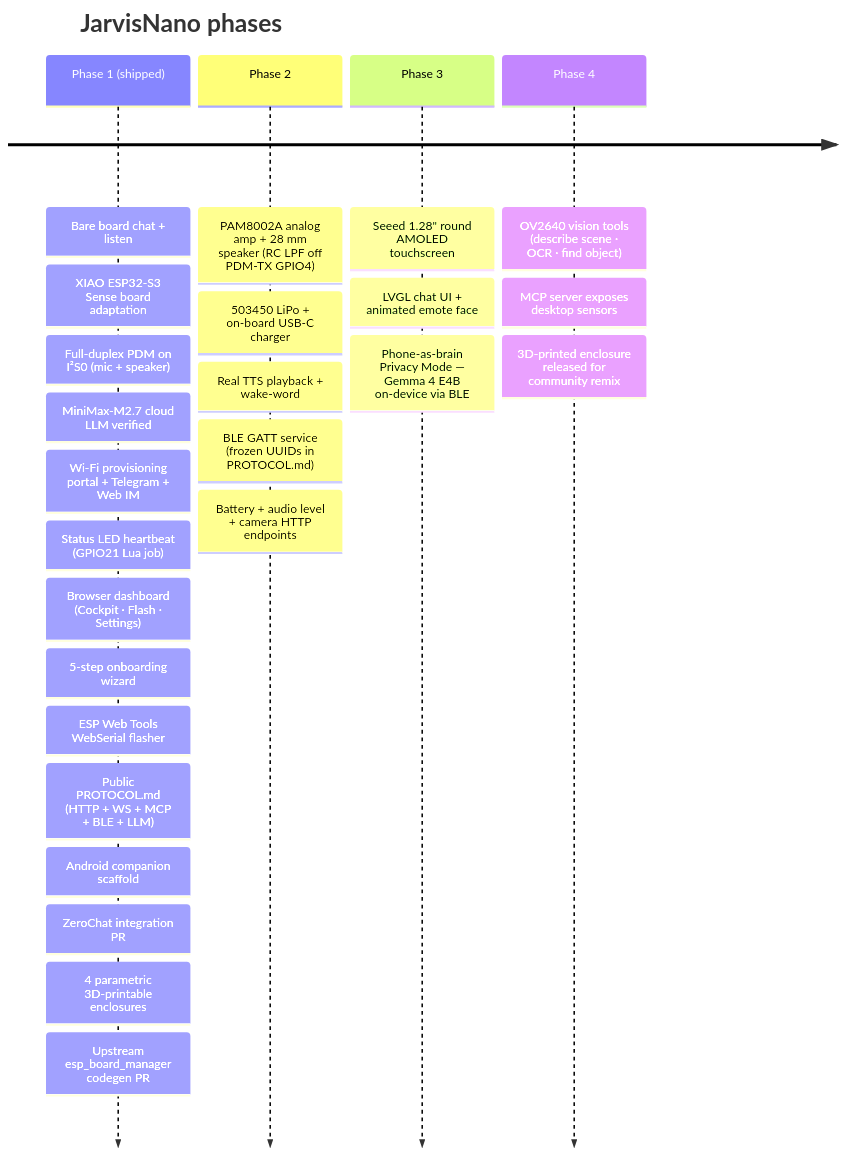
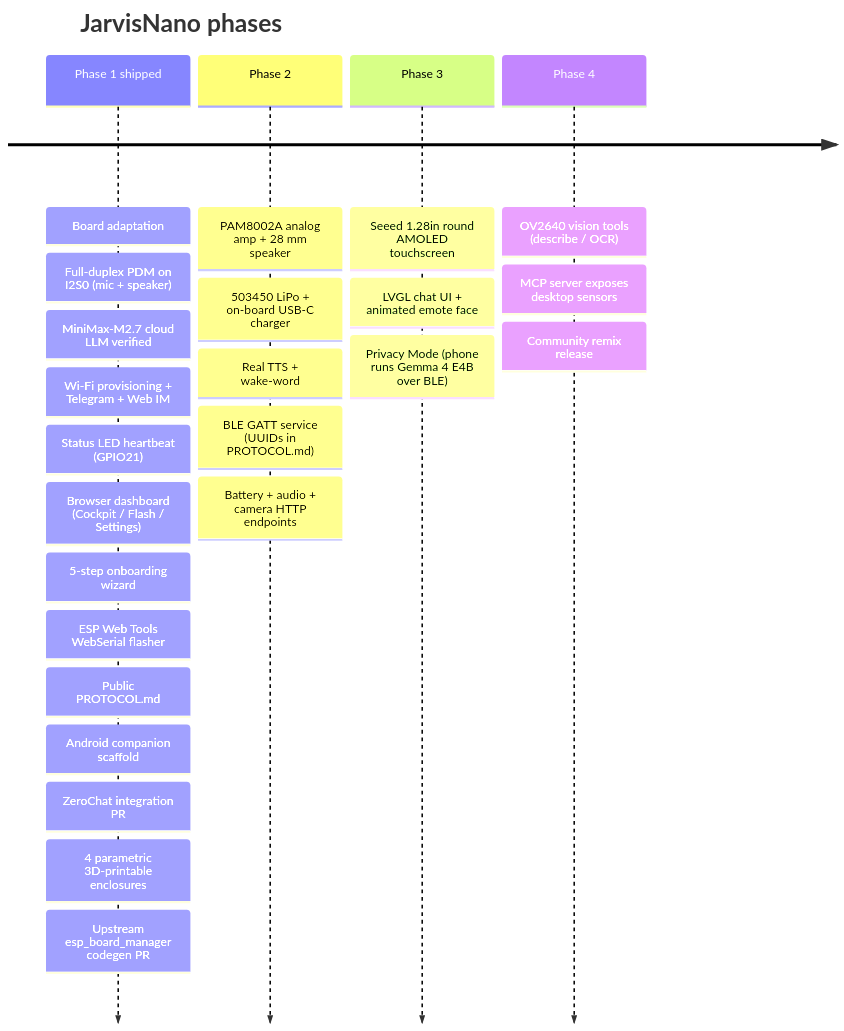
One commit to PascalAI2024/JarvisNano changed the second of 2 diagrams in README.md. Above: the diagram before and after it, drawn with Mermaid. The commit also changed other lines of this file and 2 other files, not shown here.

Commit message:
fix: sanitize all mermaid blocks for GitHub renderer (strip emojis, sup-2, em-dash, padded titles)

````diff
--- a/README.md
+++ b/README.md
@@ -214,29 +214,28 @@
 ```mermaid
 timeline
     title JarvisNano phases
-    Phase 1 (shipped) : Bare board chat + listen
-                      : XIAO ESP32-S3 Sense board adaptation
-                      : Full-duplex PDM on I²S0 (mic + speaker)
-                      : MiniMax-M2.7 cloud LLM verified
-                      : Wi-Fi provisioning portal + Telegram + Web IM
-                      : Status LED heartbeat (GPIO21 Lua job)
-                      : Browser dashboard (Cockpit · Flash · Settings)
-                      : 5-step onboarding wizard
-                      : ESP Web Tools WebSerial flasher
-                      : Public PROTOCOL.md (HTTP + WS + MCP + BLE + LLM)
-                      : Android companion scaffold
-                      : ZeroChat integration PR
-                      : 4 parametric 3D-printable enclosures
-                      : Upstream esp_board_manager codegen PR
-    Phase 2           : PAM8002A analog amp + 28 mm speaker (RC LPF off PDM-TX GPIO4)
-                      : 503450 LiPo + on-board USB-C charger
-                      : Real TTS playback + wake-word
-                      : BLE GATT service (frozen UUIDs in PROTOCOL.md)
-                      : Battery + audio level + camera HTTP endpoints
-    Phase 3           : Seeed 1.28" round AMOLED touchscreen
-                      : LVGL chat UI + animated emote face
-                      : Phone-as-brain Privacy Mode — Gemma 4 E4B on-device via BLE
-    Phase 4           : OV2640 vision tools (describe scene · OCR · find object)
-                      : MCP server exposes desktop sensors
-                      : 3D-printed enclosure released for community remix
+    Phase 1 shipped : Board adaptation
+                    : Full-duplex PDM on I2S0 (mic + speaker)
+                    : MiniMax-M2.7 cloud LLM verified
+                    : Wi-Fi provisioning + Telegram + Web IM
+                    : Status LED heartbeat (GPIO21)
+                    : Browser dashboard (Cockpit / Flash / Settings)
+                    : 5-step onboarding wizard
+                    : ESP Web Tools WebSerial flasher
+                    : Public PROTOCOL.md
+                    : Android companion scaffold
+                    : ZeroChat integration PR
+                    : 4 parametric 3D-printable enclosures
+                    : Upstream esp_board_manager codegen PR
+    Phase 2         : PAM8002A analog amp + 28 mm speaker
+                    : 503450 LiPo + on-board USB-C charger
+                    : Real TTS + wake-word
+                    : BLE GATT service (UUIDs in PROTOCOL.md)
+                    : Battery + audio + camera HTTP endpoints
+    Phase 3         : Seeed 1.28in round AMOLED touchscreen
+                    : LVGL chat UI + animated emote face
+                    : Privacy Mode (phone runs Gemma 4 E4B over BLE)
+    Phase 4         : OV2640 vision tools (describe / OCR)
+                    : MCP server exposes desktop sensors
+                    : Community remix release
 ```
````
